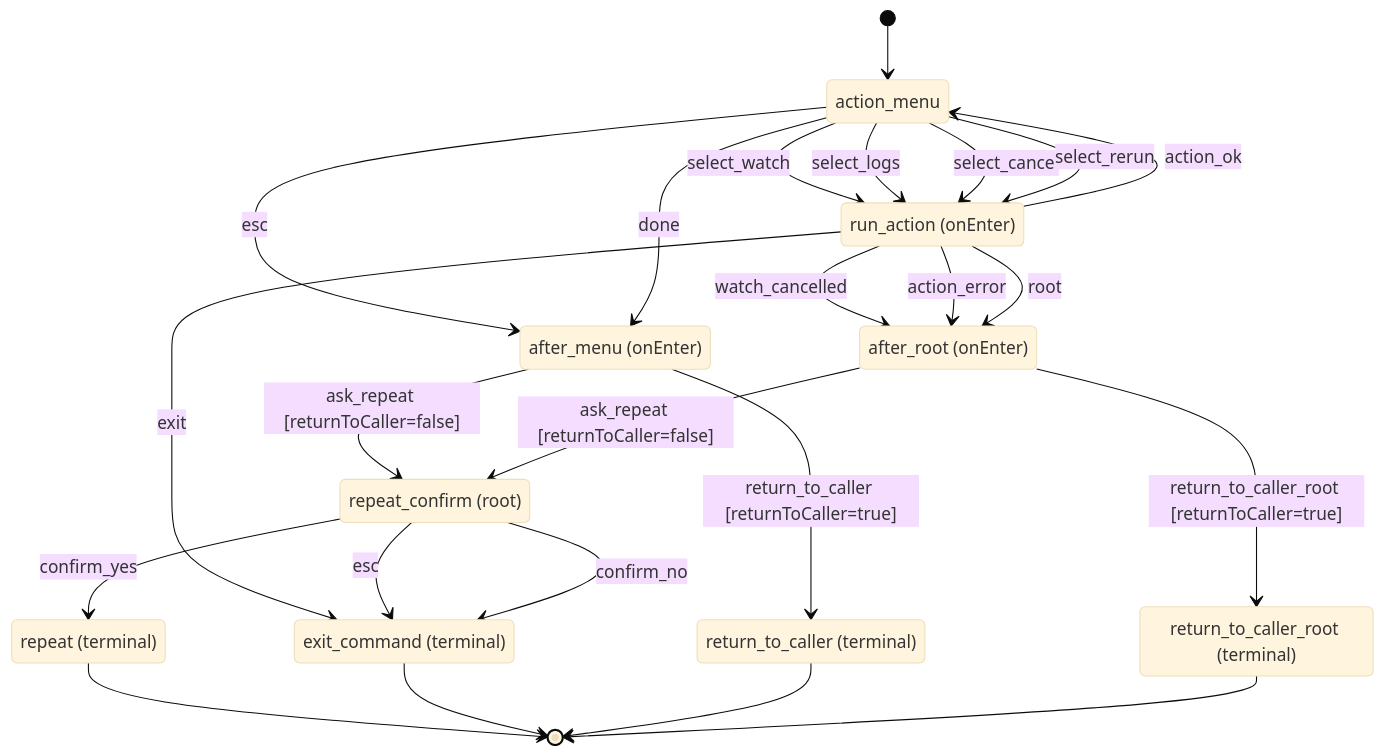
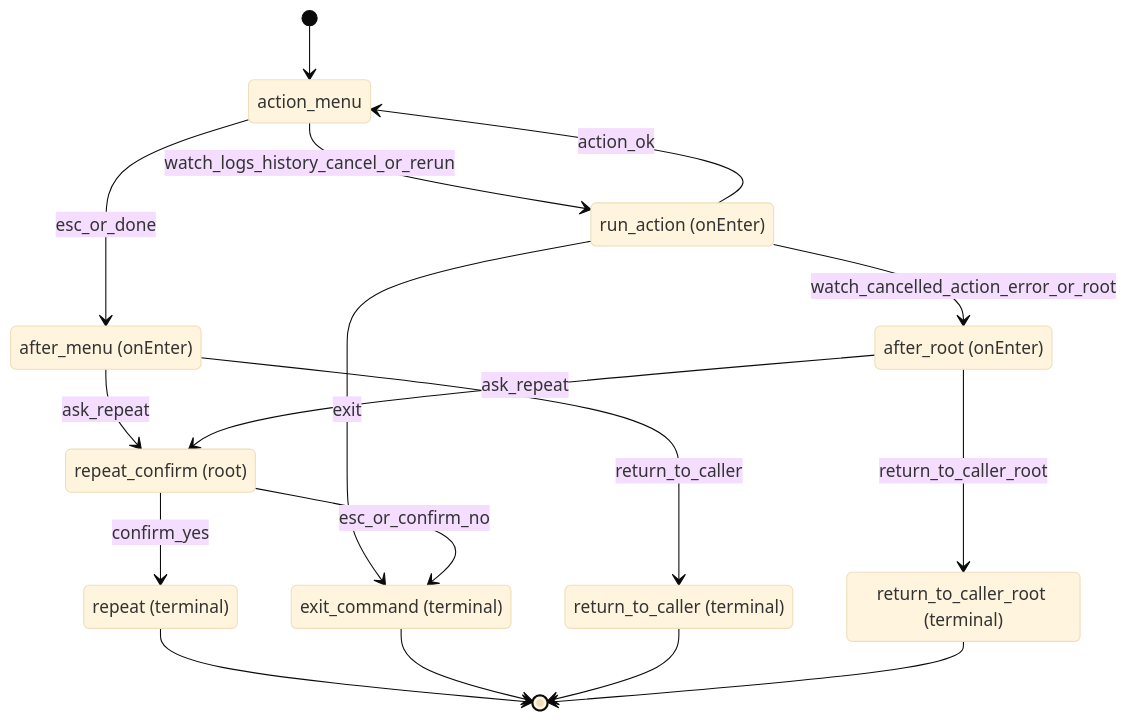
The fourth of 5 diagrams in docs/tui-state-diagrams.md (jatinbansal1998/jenkins-cli-ts), drawn with Mermaid (base theme) before and after one commit. The commit also changed other lines of this file and 7 other files, not shown here.

````diff
--- a/docs/tui-state-diagrams.md
+++ b/docs/tui-state-diagrams.md
@@ -157,43 +162,31 @@
 ```mermaid
 stateDiagram-v2
     [*] --> action_menu
-
     state "action_menu" as action_menu
     state "run_action (onEnter)" as run_action
     state "after_menu (onEnter)" as after_menu
     state "after_root (onEnter)" as after_root
     state "repeat_confirm (root)" as repeat_confirm
-
     state "repeat (terminal)" as t_repeat
     state "exit_command (terminal)" as t_exit
     state "return_to_caller (terminal)" as t_return
     state "return_to_caller_root (terminal)" as t_return_root
 
-    action_menu --> after_menu: esc
-    action_menu --> after_menu: done
-    action_menu --> run_action: select_watch
-    action_menu --> run_action: select_logs
-    action_menu --> run_action: select_cancel
-    action_menu --> run_action: select_rerun
-
+    action_menu --> after_menu: esc_or_done
+    action_menu --> run_action: watch_logs_history_cancel_or_rerun
     run_action --> action_menu: action_ok
-    run_action --> after_root: watch_cancelled
-    run_action --> after_root: action_error
-    run_action --> after_root: root
+    run_action --> after_root: watch_cancelled_action_error_or_root
     run_action --> t_exit: exit
 
-    after_menu --> repeat_confirm: ask_repeat [returnToCaller=false]
-    after_menu --> t_return: return_to_caller [returnToCaller=true]
-
-    after_root --> repeat_confirm: ask_repeat [returnToCaller=false]
-    after_root --> t_return_root: return_to_caller_root [returnToCaller=true]
-
-    repeat_confirm --> t_exit: esc
+    after_menu --> repeat_confirm: ask_repeat
+    after_menu --> t_return: return_to_caller
+    after_root --> repeat_confirm: ask_repeat
+    after_root --> t_return_root: return_to_caller_root
+    repeat_confirm --> t_exit: esc_or_confirm_no
     repeat_confirm --> t_repeat: confirm_yes
-    repeat_confirm --> t_exit: confirm_no
 
     t_repeat --> [*]
     t_exit --> [*]
     t_return --> [*]
     t_return_root --> [*]
 ```
````
